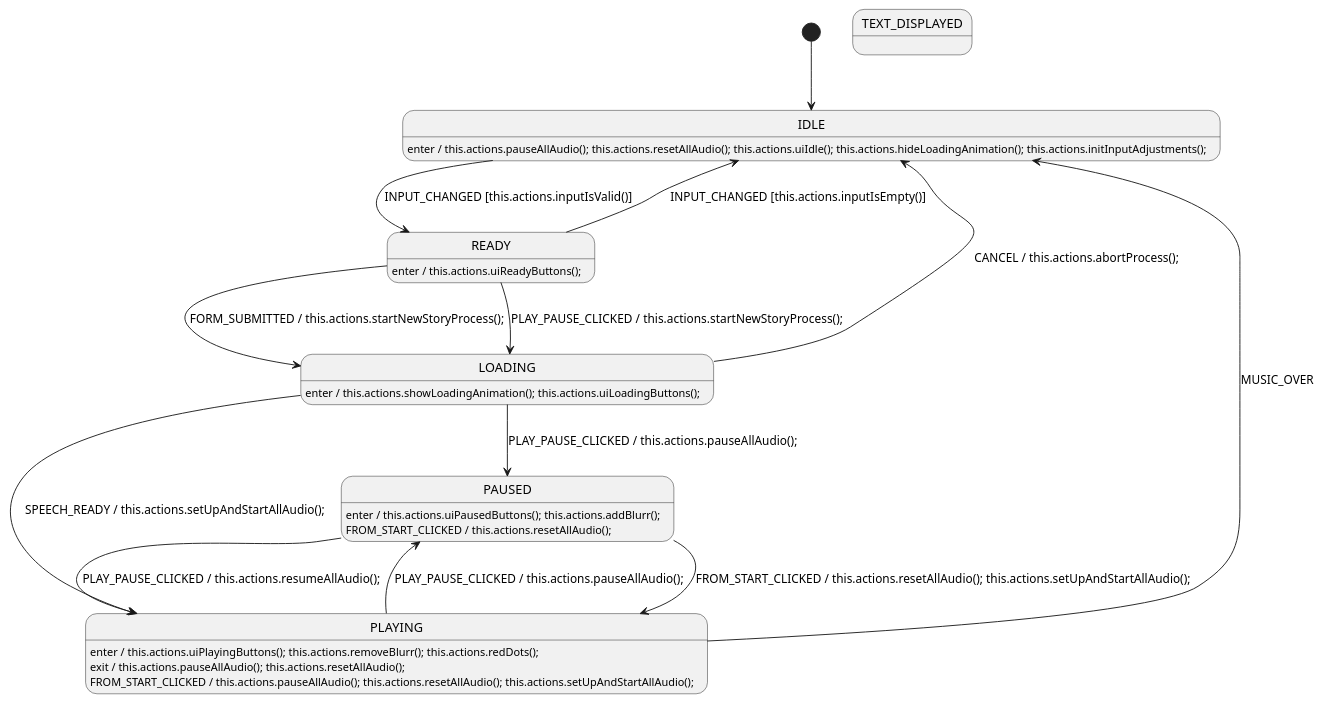
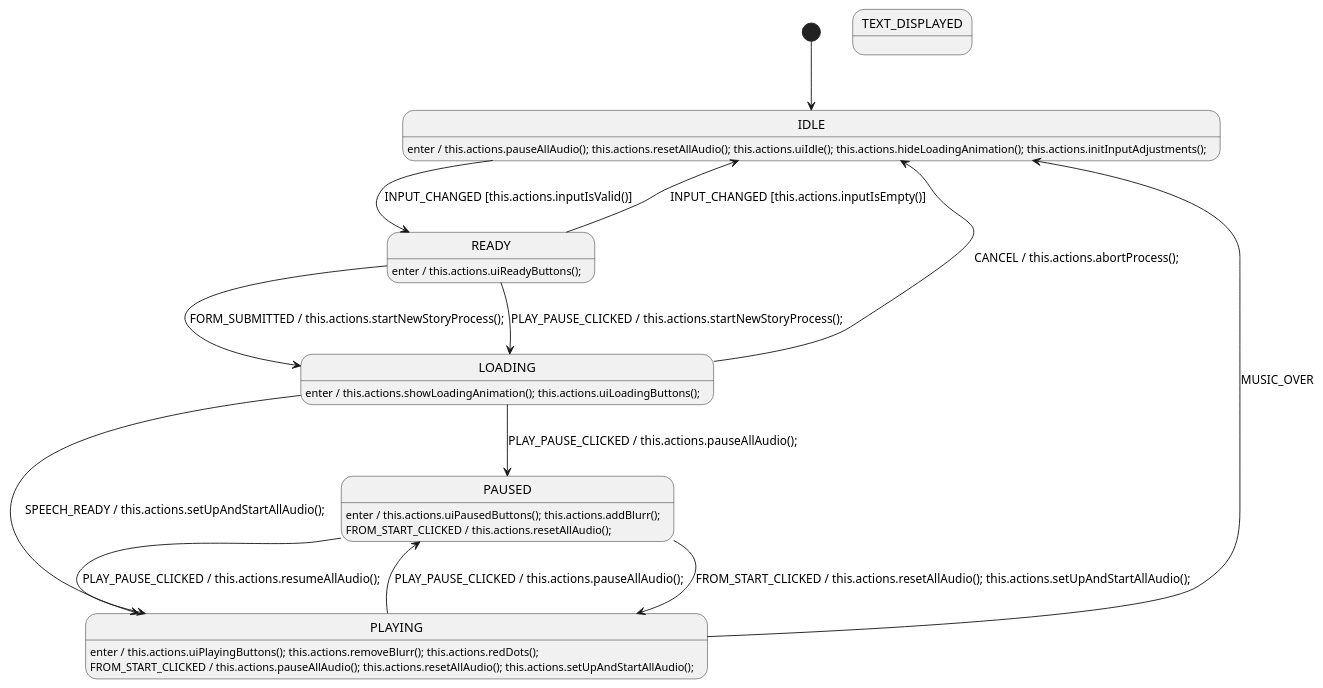
One commit to grannygoestoheaven/teller changed the diagram in static/js/audioSmActions.plantuml. Above: the diagram before and after it, drawn with PlantUML. The commit also changed 5 other files, not shown here.

```diff
--- a/static/js/audioSmActions.plantuml
+++ b/static/js/audioSmActions.plantuml
@@ -1,44 +1,43 @@
 @startuml AudioStateMachine
 
     '############################ States ############################
 
     [*] --> IDLE
 
     state IDLE
     state READY
     state LOADING
     state PLAYING
     state PAUSED
     state TEXT_DISPLAYED
 
     '############################ Handlers ############################
 
     IDLE: enter / this.actions.pauseAllAudio(); this.actions.resetAllAudio(); this.actions.uiIdle(); this.actions.hideLoadingAnimation(); this.actions.initInputAdjustments();
     IDLE --> READY : INPUT_CHANGED [this.actions.inputIsValid()]
 
     READY: enter / this.actions.uiReadyButtons();
     READY --> LOADING : FORM_SUBMITTED / this.actions.startNewStoryProcess();
     READY --> LOADING : PLAY_PAUSE_CLICKED / this.actions.startNewStoryProcess();
     READY --> IDLE : INPUT_CHANGED [this.actions.inputIsEmpty()]
 
     LOADING: enter / this.actions.showLoadingAnimation(); this.actions.uiLoadingButtons();
     LOADING --> PLAYING : SPEECH_READY / this.actions.setUpAndStartAllAudio();
     LOADING --> PAUSED : PLAY_PAUSE_CLICKED / this.actions.pauseAllAudio();
     LOADING --> IDLE : CANCEL / this.actions.abortProcess();
 
     PLAYING: enter / this.actions.uiPlayingButtons(); this.actions.removeBlurr(); this.actions.redDots();
-    PLAYING: exit / this.actions.pauseAllAudio(); this.actions.resetAllAudio();
     PLAYING --> PAUSED : PLAY_PAUSE_CLICKED / this.actions.pauseAllAudio();
     PLAYING --> IDLE : MUSIC_OVER
     PLAYING : FROM_START_CLICKED / this.actions.pauseAllAudio(); this.actions.resetAllAudio(); this.actions.setUpAndStartAllAudio();
 
     PAUSED: enter / this.actions.uiPausedButtons(); this.actions.addBlurr();
     PAUSED --> PLAYING : PLAY_PAUSE_CLICKED / this.actions.resumeAllAudio();
     PAUSED --> PLAYING : FROM_START_CLICKED / this.actions.resetAllAudio(); this.actions.setUpAndStartAllAudio();
     PAUSED : FROM_START_CLICKED / this.actions.resetAllAudio();
 
 /'! $CONFIG : toml
 SmRunnerSettings.transpilerId = "JavaScript"
 '/
 
 @enduml
```
